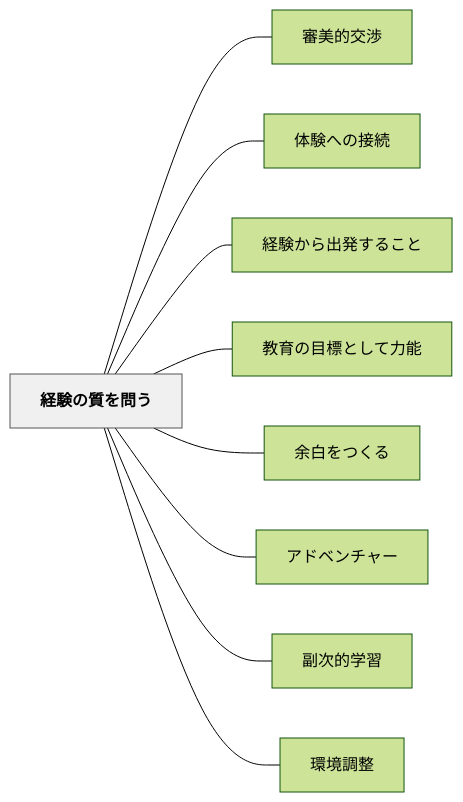
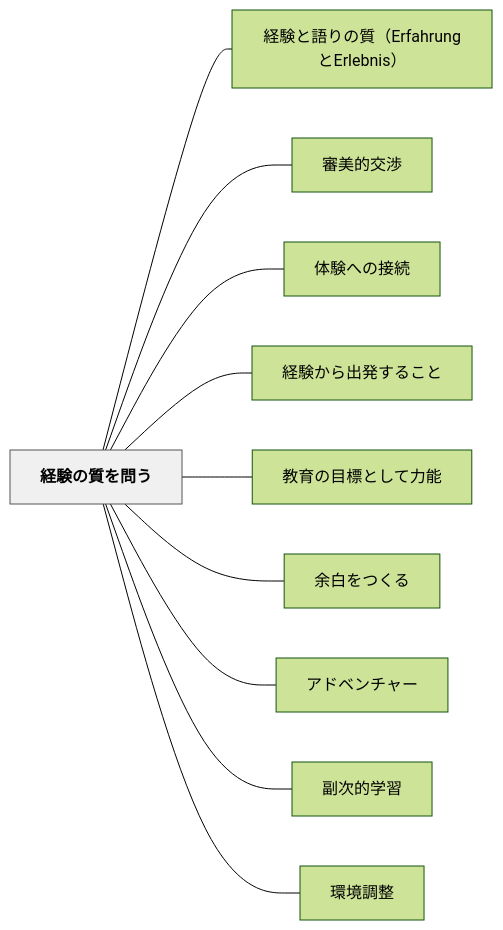
Before and after one commit to unknownthings-ed-patterns/unknownthings-ed-patterns: the diagram in content/パタン/経験の質を問う.md, drawn with Mermaid (forest theme). The commit also changed other lines of this file and 158 other files, not shown here.

````diff
--- a/content/パタン/経験の質を問う.md
+++ b/content/パタン/経験の質を問う.md
@@ -101,24 +134,26 @@
 ```mermaid
 flowchart LR
     ne7b58ce9a893e381aee8b3aae38292e5958fe38186["経験の質を問う"]
+    ne7b58ce9a893e381a8e8aa9ee3828ae381aee8b3aaefbc88457266616872756e67e381a845726c65626e6973efbc89["経験と語りの質（ErfahrungとErlebnis）"]
     ne5afa9e7be8ee79a84e4baa4e6b889["審美的交渉"]
     ne4bd93e9a893e381b8e381aee68ea5e7b69a["体験への接続"]
     ne7b58ce9a893e3818be38289e587bae799bae38199e3828be38193e381a8["経験から出発すること"]
     ne69599e882b2e381aee79baee6a899e381a8e38197e381a6e58a9be883bd["教育の目標として力能"]
     ne4bd99e799bde38292e381a4e3818fe3828b["余白をつくる"]
     ne382a2e38389e38399e383b3e38381e383a3e383bc["アドベンチャー"]
     ne589afe6aca1e79a84e5ada6e7bf92["副次的学習"]
     ne792b0e5a283e8aabfe695b4["環境調整"]
 
+    ne7b58ce9a893e381aee8b3aae38292e5958fe38186 --- ne7b58ce9a893e381a8e8aa9ee3828ae381aee8b3aaefbc88457266616872756e67e381a845726c65626e6973efbc89
     ne7b58ce9a893e381aee8b3aae38292e5958fe38186 --- ne5afa9e7be8ee79a84e4baa4e6b889
     ne7b58ce9a893e381aee8b3aae38292e5958fe38186 --- ne4bd93e9a893e381b8e381aee68ea5e7b69a
     ne7b58ce9a893e381aee8b3aae38292e5958fe38186 --- ne7b58ce9a893e3818be38289e587bae799bae38199e3828be38193e381a8
     ne7b58ce9a893e381aee8b3aae38292e5958fe38186 --- ne69599e882b2e381aee79baee6a899e381a8e38197e381a6e58a9be883bd
     ne7b58ce9a893e381aee8b3aae38292e5958fe38186 --- ne4bd99e799bde38292e381a4e3818fe3828b
     ne7b58ce9a893e381aee8b3aae38292e5958fe38186 --- ne382a2e38389e38399e383b3e38381e383a3e383bc
     ne7b58ce9a893e381aee8b3aae38292e5958fe38186 --- ne589afe6aca1e79a84e5ada6e7bf92
     ne7b58ce9a893e381aee8b3aae38292e5958fe38186 --- ne792b0e5a283e8aabfe695b4
 
     classDef hub fill:#f0f0f0,stroke:#555,color:#000,font-weight:bold
     class ne7b58ce9a893e381aee8b3aae38292e5958fe38186 hub
 ```
````
